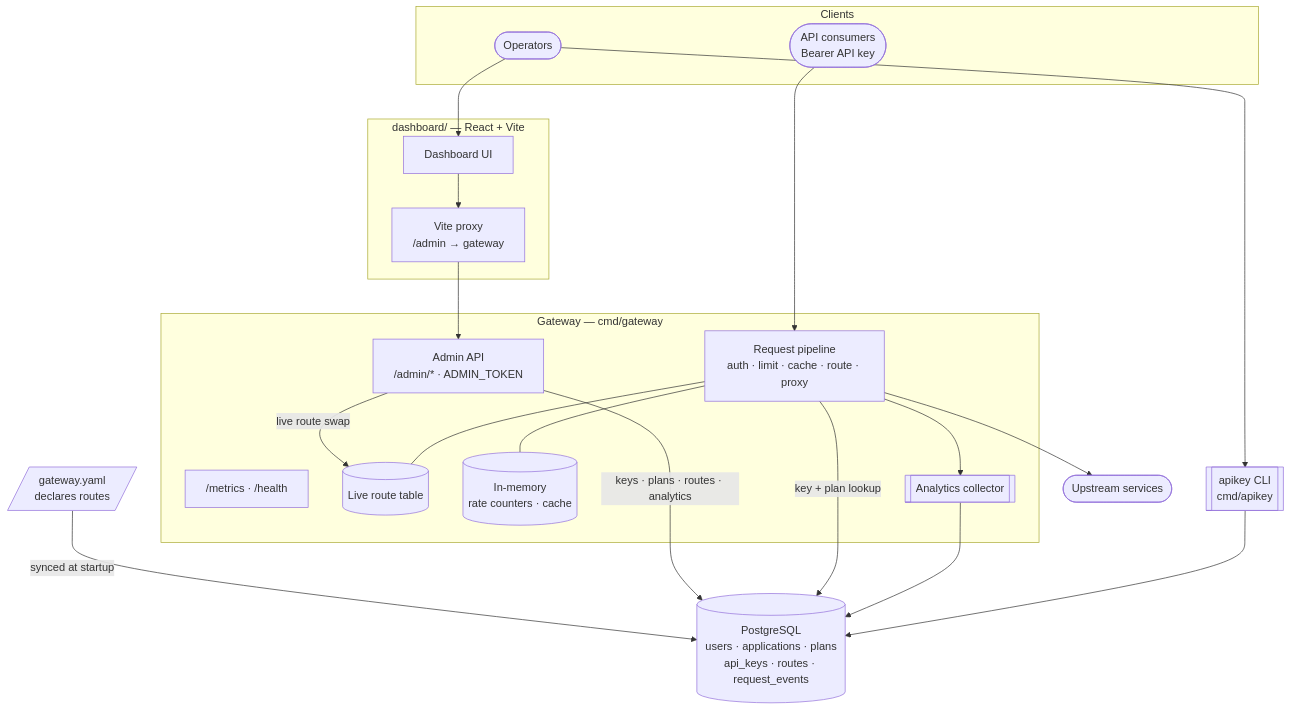
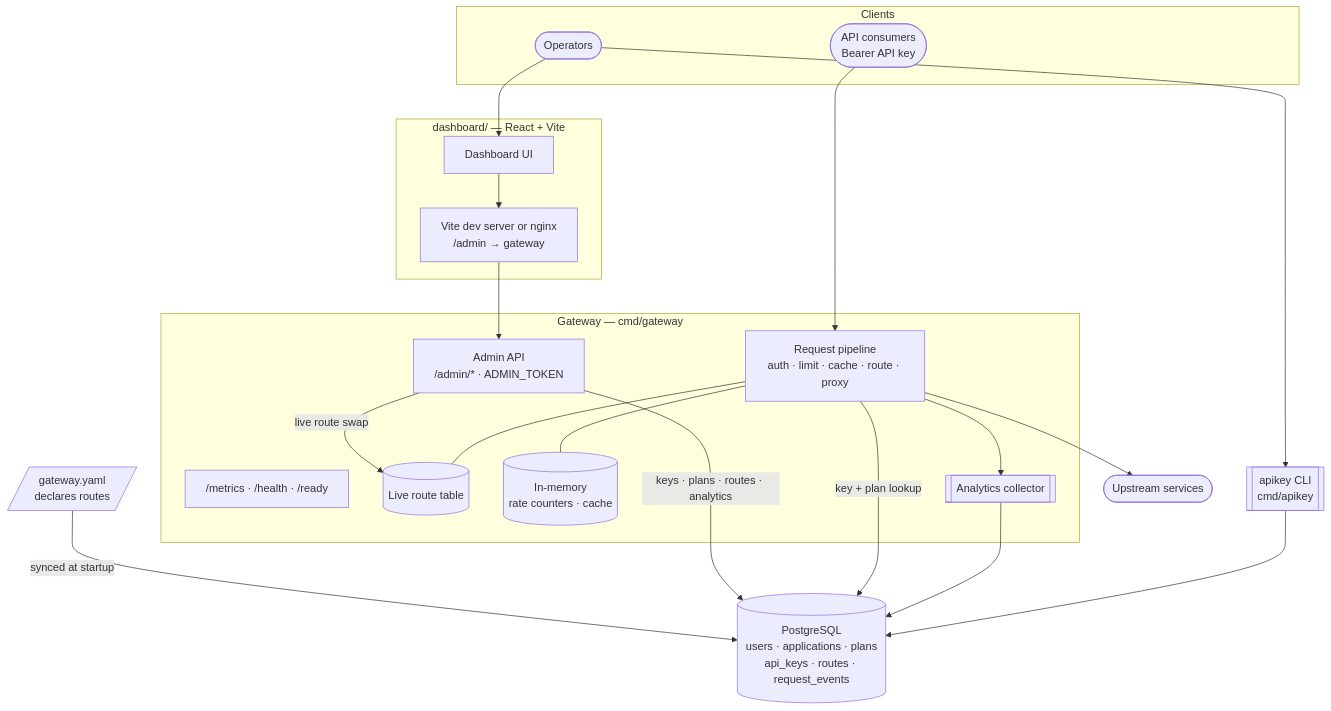
Before and after one commit to matiasaldom/API-Gateway: the second of 2 diagrams in docs/architecture.md, drawn with Mermaid. The commit also changed other lines of this file and 42 other files, not shown here.

````diff
--- a/docs/architecture.md
+++ b/docs/architecture.md
@@ -48,37 +50,37 @@
 ```mermaid
 flowchart TB
     subgraph clients[Clients]
         apps([API consumers<br/>Bearer API key])
         ops([Operators])
     end
 
     subgraph dash[dashboard/ — React + Vite]
         ui[Dashboard UI]
-        vproxy[Vite proxy<br/>/admin → gateway]
+        vproxy[Vite dev server or nginx<br/>/admin → gateway]
     end
 
     subgraph gateway[Gateway — cmd/gateway]
         pipeline[Request pipeline<br/>auth · limit · cache · route · proxy]
         admin[Admin API<br/>/admin/* · ADMIN_TOKEN]
-        metricsEp["/metrics · /health"]
+        metricsEp["/metrics · /health · /ready"]
         table[(Live route table)]
         mem[(In-memory<br/>rate counters · cache)]
         collector[[Analytics collector]]
     end
 
     cli[[apikey CLI<br/>cmd/apikey]]
     yaml[/gateway.yaml<br/>declares routes/]
     pg[(PostgreSQL<br/>users · applications · plans<br/>api_keys · routes · request_events)]
     upstreams([Upstream services])
 
     apps --> pipeline --> upstreams
     ops --> ui --> vproxy --> admin
     ops --> cli --> pg
     pipeline --- table
     pipeline --- mem
     pipeline --> collector --> pg
     pipeline -- key + plan lookup --> pg
     admin -- keys · plans · routes · analytics --> pg
     admin -- live route swap --> table
     yaml -- synced at startup --> pg
 ```
````
